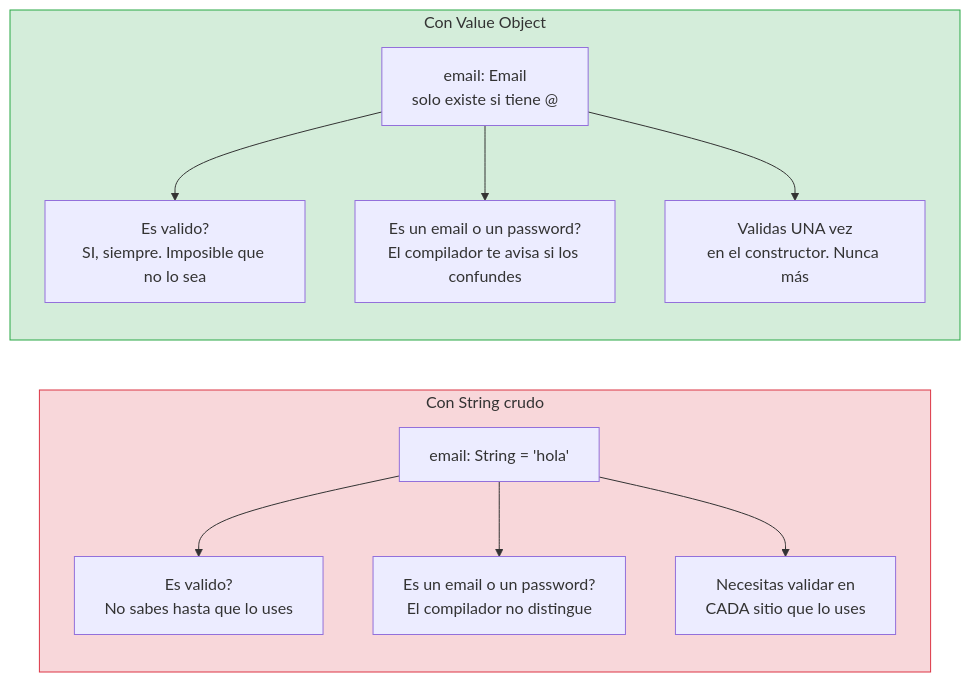
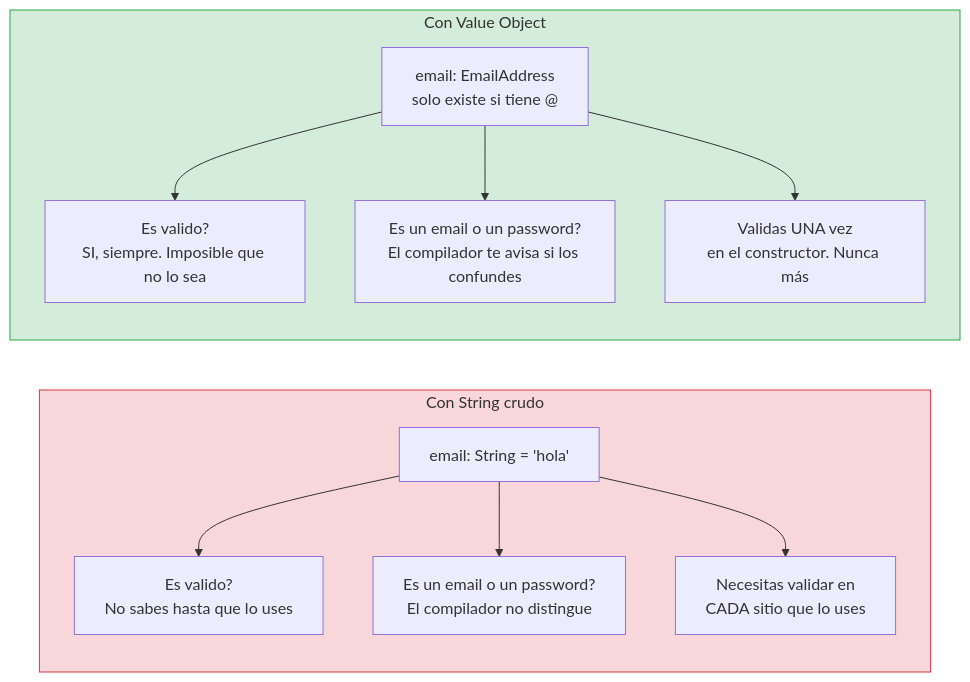
The second of 2 diagrams in 01-fundamentos/05-feature-login/01-domain.md (SwiftEnProfundidad/stack-my-architecture-ios), drawn with Mermaid before and after one commit. The commit also changed other lines of this file and 50 other files, not shown here.

````diff
--- a/01-fundamentos/05-feature-login/01-domain.md
+++ b/01-fundamentos/05-feature-login/01-domain.md
@@ -74,19 +74,19 @@
 ```mermaid
 graph LR
     subgraph Raw["Con String crudo"]
         direction TB
         R1["email: String = 'hola'"] --> R2["Es valido?<br/>No sabes hasta que lo uses"]
         R1 --> R3["Es un email o un password?<br/>El compilador no distingue"]
         R1 --> R4["Necesitas validar en<br/>CADA sitio que lo uses"]
     end
 
     subgraph VO["Con Value Object"]
         direction TB
-        V1["email: Email<br/>solo existe si tiene @"] --> V2["Es valido?<br/>SI, siempre. Imposible que no lo sea"]
+        V1["email: EmailAddress<br/>solo existe si tiene @"] --> V2["Es valido?<br/>SI, siempre. Imposible que no lo sea"]
         V1 --> V3["Es un email o un password?<br/>El compilador te avisa si los confundes"]
         V1 --> V4["Validas UNA vez<br/>en el constructor. Nunca más"]
     end
 
     style Raw fill:#f8d7da,stroke:#dc3545
     style VO fill:#d4edda,stroke:#28a745
 ```
````
